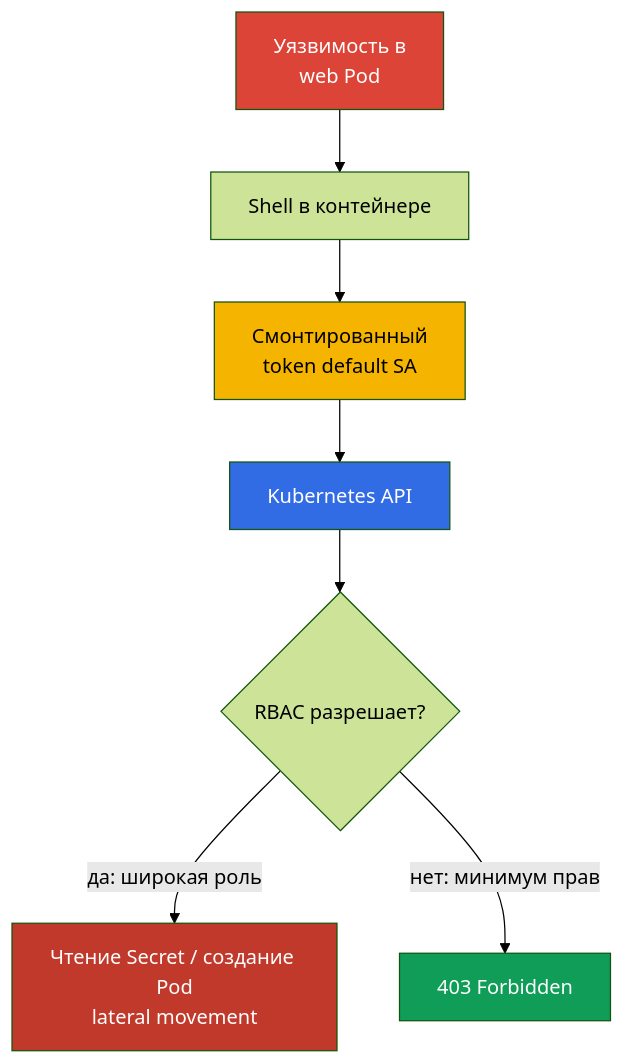
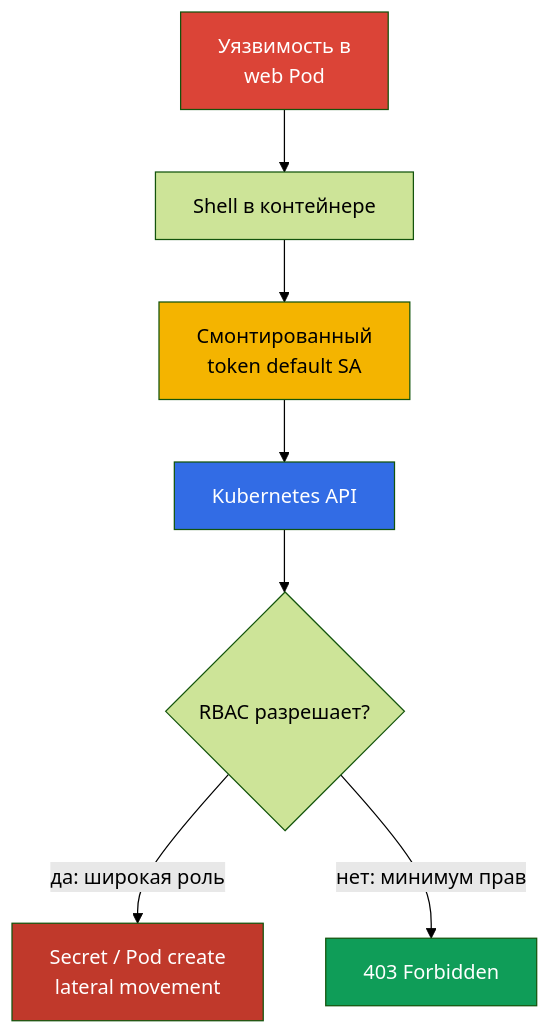
The first of 3 diagrams in tasks/cks/course/11/ru.md (ViktorUJ/cks), drawn with Mermaid (forest theme) before and after one commit. The commit also changed other lines of this file and 38 other files, not shown here.

````diff
--- a/tasks/cks/course/11/ru.md
+++ b/tasks/cks/course/11/ru.md
@@ -33,14 +38,14 @@
 ```mermaid
 flowchart TB
     vuln["Уязвимость в<br/>web Pod"] --> shell["Shell в контейнере"]
     shell --> token["Смонтированный<br/>token default SA"]
     token --> api["Kubernetes API"]
     api --> rbac{"RBAC разрешает?"}
-    rbac -->|"да: широкая роль"| damage["Чтение Secret / создание Pod<br/>lateral movement"]
+    rbac -->|"да: широкая роль"| damage["Secret / Pod create<br/>lateral movement"]
     rbac -->|"нет: минимум прав"| deny["403 Forbidden"]
     style vuln fill:#db4437,color:#fff
     style token fill:#f4b400,color:#000
     style api fill:#326ce5,color:#fff
     style damage fill:#c0392b,color:#fff
     style deny fill:#0f9d58,color:#fff
 ```
````
